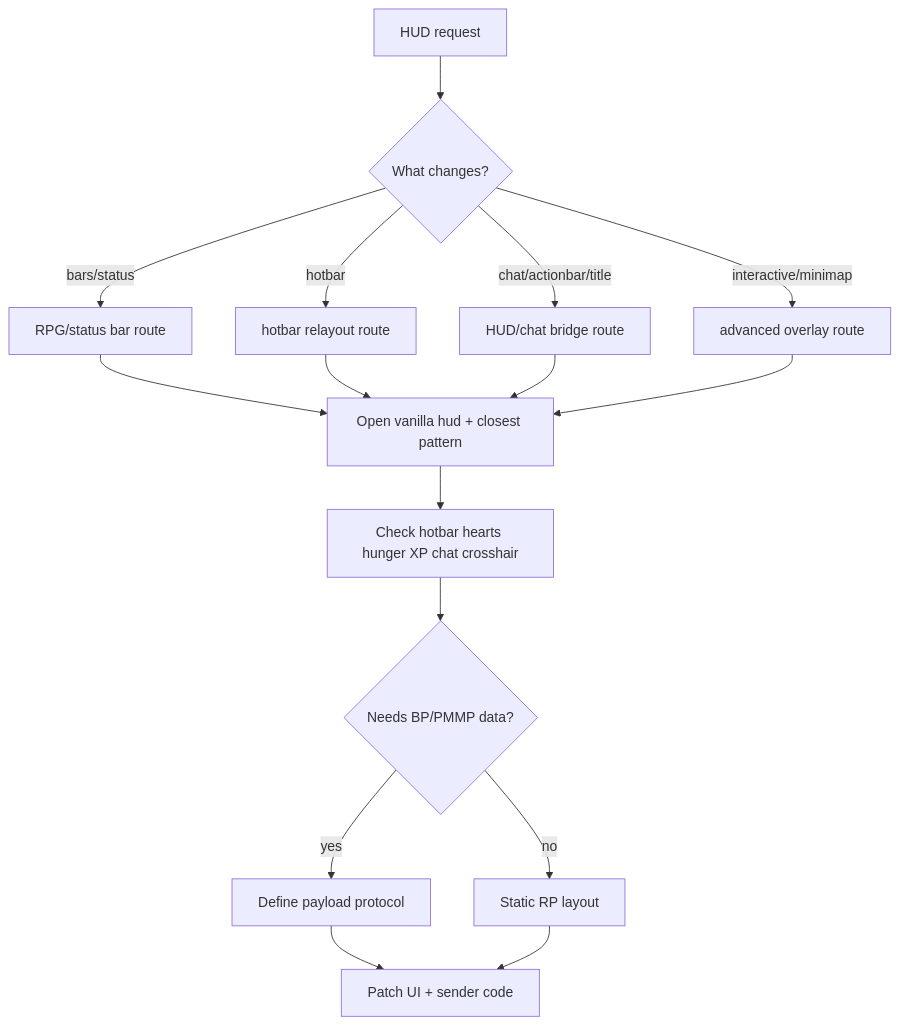
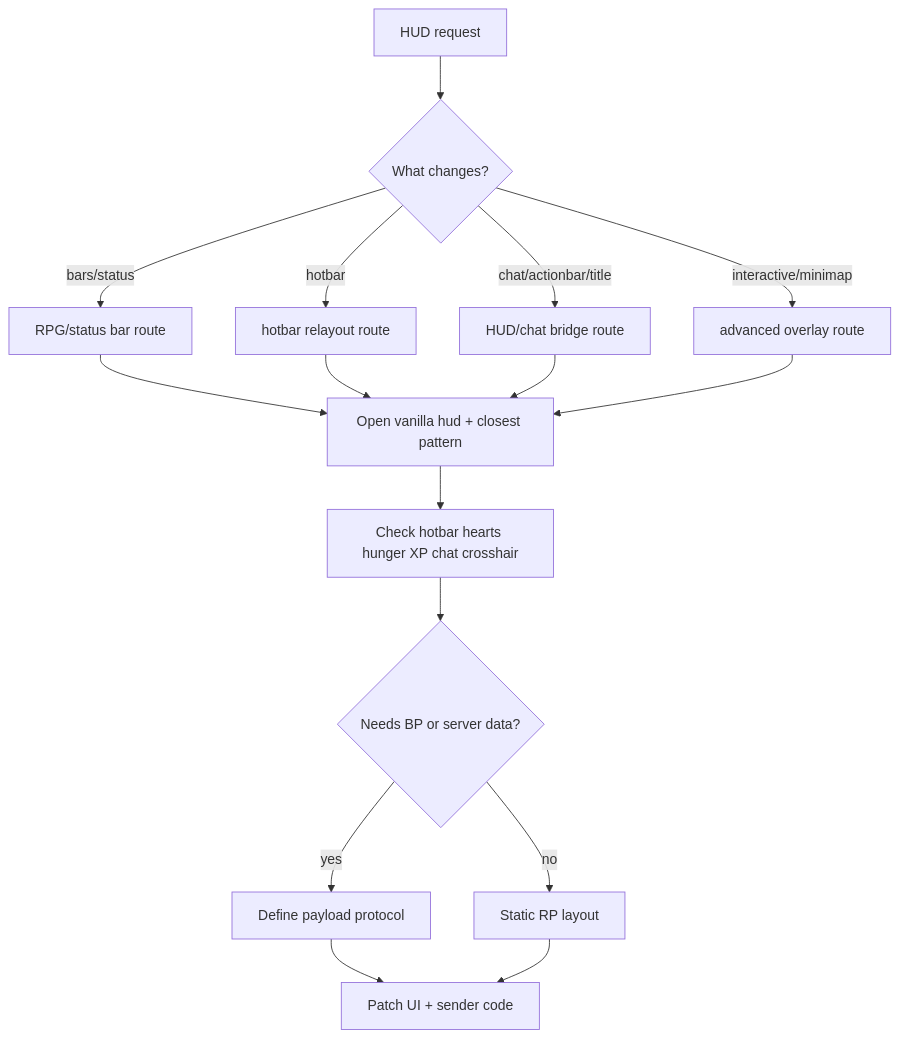
The third of 7 diagrams in docs/59-diagrammatic-workflows.md (boredape874/mcbejsonuimasterAI), drawn with Mermaid before and after one commit. The commit also changed 361 other files, not shown here.

````diff
--- a/docs/59-diagrammatic-workflows.md
+++ b/docs/59-diagrammatic-workflows.md
@@ -48,18 +48,18 @@
 ```mermaid
 flowchart TD
   A[HUD request] --> B{What changes?}
   B -->|bars/status| C[RPG/status bar route]
   B -->|hotbar| D[hotbar relayout route]
   B -->|chat/actionbar/title| E[HUD/chat bridge route]
   B -->|interactive/minimap| F[advanced overlay route]
   C --> G[Open vanilla hud + closest pattern]
   D --> G
   E --> G
   F --> G
   G --> H[Check hotbar hearts hunger XP chat crosshair]
-  H --> I{Needs BP/PMMP data?}
+  H --> I{Needs BP or server data?}
   I -- yes --> J[Define payload protocol]
   I -- no --> K[Static RP layout]
   J --> L[Patch UI + sender code]
   K --> L
 ```
````
